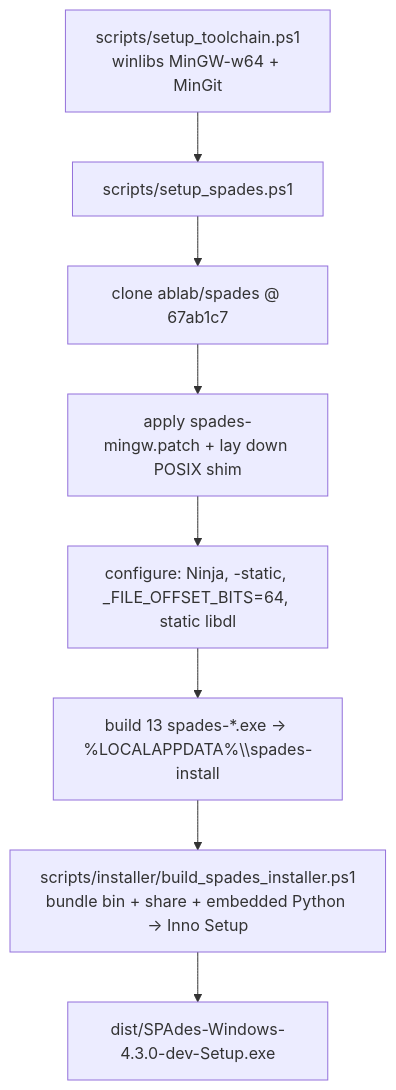
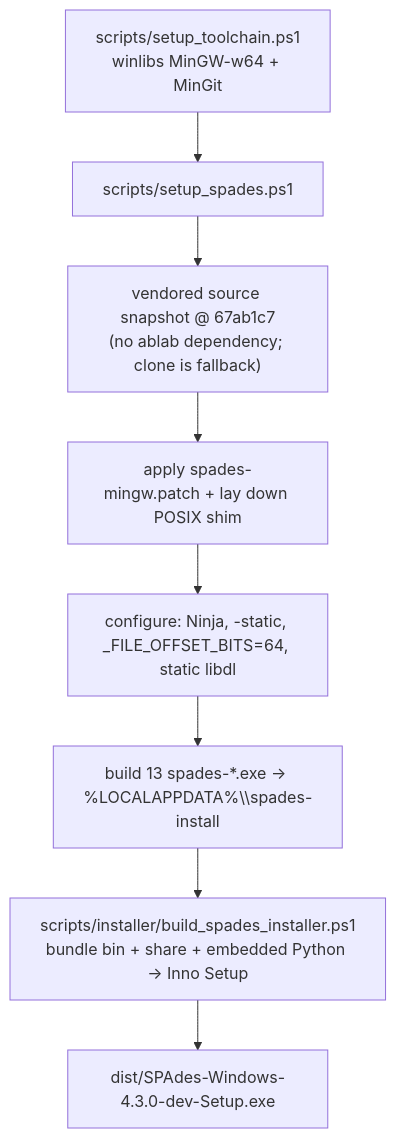
The second of 3 diagrams in README.md (MrMufasii/SPAdes-for-Windows), drawn with Mermaid before and after one commit. The commit also changed other lines of this file and 3 other files, not shown here.

First line of the commit message:
Vendor the pinned SPAdes source so builds never depend on ablab/spades

````diff
--- a/README.md
+++ b/README.md
@@ -110,10 +110,10 @@
 ```mermaid
 flowchart TD
     A["scripts/setup_toolchain.ps1<br/>winlibs MinGW-w64 + MinGit"] --> B["scripts/setup_spades.ps1"]
-    B --> B1["clone ablab/spades @ 67ab1c7"]
+    B --> B1["vendored source snapshot @ 67ab1c7<br/>(no ablab dependency; clone is fallback)"]
     B1 --> B2["apply spades-mingw.patch + lay down POSIX shim"]
     B2 --> B3["configure: Ninja, -static, _FILE_OFFSET_BITS=64, static libdl"]
     B3 --> B4["build 13 spades-*.exe → %LOCALAPPDATA%\\spades-install"]
     B4 --> C["scripts/installer/build_spades_installer.ps1<br/>bundle bin + share + embedded Python → Inno Setup"]
     C --> D["dist/SPAdes-Windows-4.3.0-dev-Setup.exe"]
 ```
````
